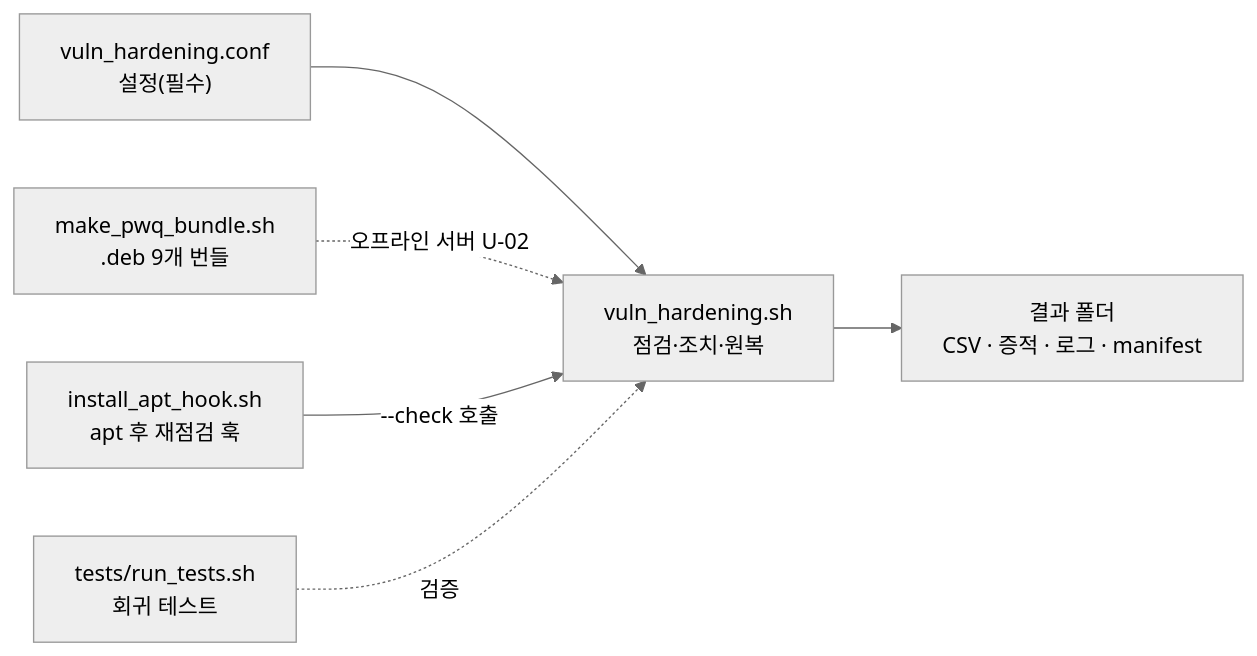
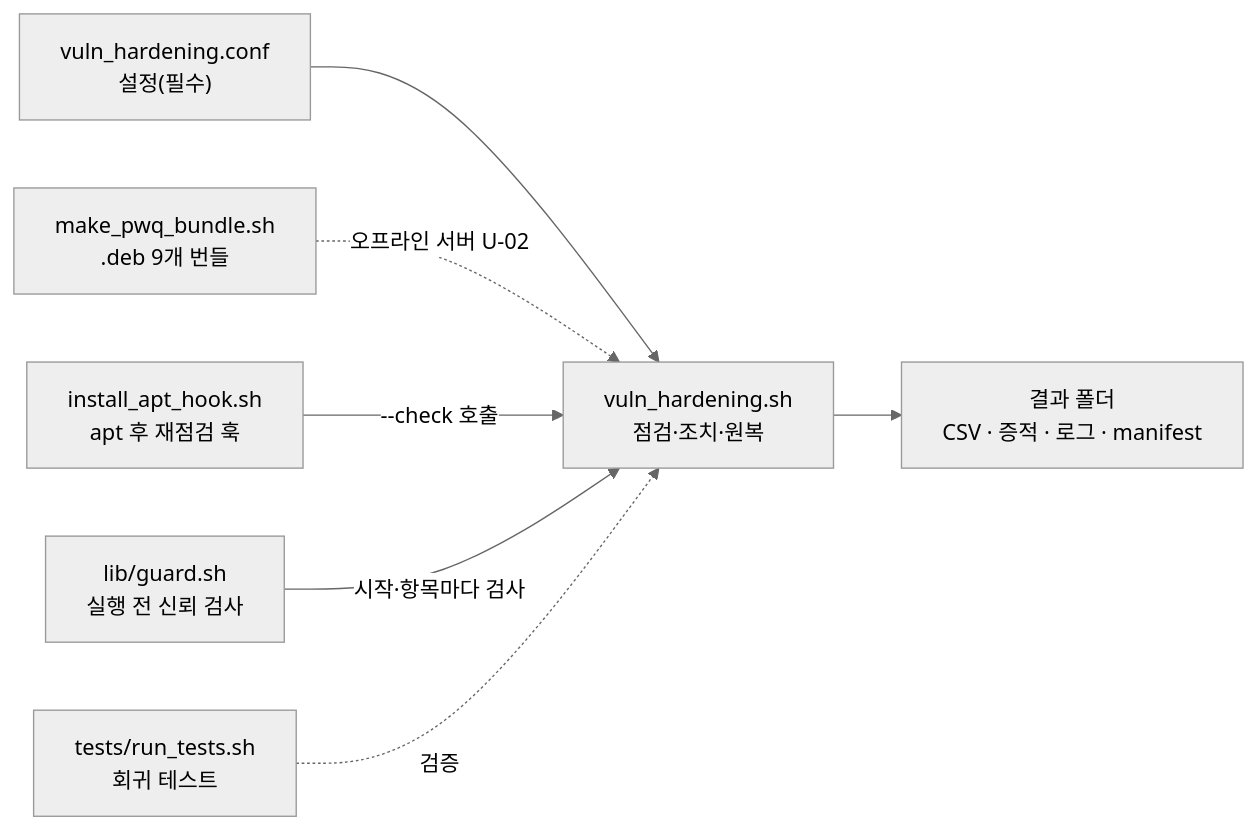
Before and after one commit to yanos0218/Tools: the first of 4 diagrams in vulnerability/docs/architecture.md, drawn with Mermaid (neutral theme). The commit also changed other lines of this file and 7 other files, not shown here.

````diff
--- a/vulnerability/docs/architecture.md
+++ b/vulnerability/docs/architecture.md
@@ -7,8 +7,9 @@
 ```mermaid
 flowchart LR
   conf["vuln_hardening.conf<br/>설정(필수)"] --> main["vuln_hardening.sh<br/>점검·조치·원복"]
   bundle["make_pwq_bundle.sh<br/>.deb 9개 번들"] -. "오프라인 서버 U-02" .-> main
   hook["install_apt_hook.sh<br/>apt 후 재점검 훅"] -- "--check 호출" --> main
+  guard["lib/guard.sh<br/>실행 전 신뢰 검사"] -- "시작·항목마다 검사" --> main
   tests["tests/run_tests.sh<br/>회귀 테스트"] -. "검증" .-> main
   main --> out["결과 폴더<br/>CSV · 증적 · 로그 · manifest"]
 ```
````
